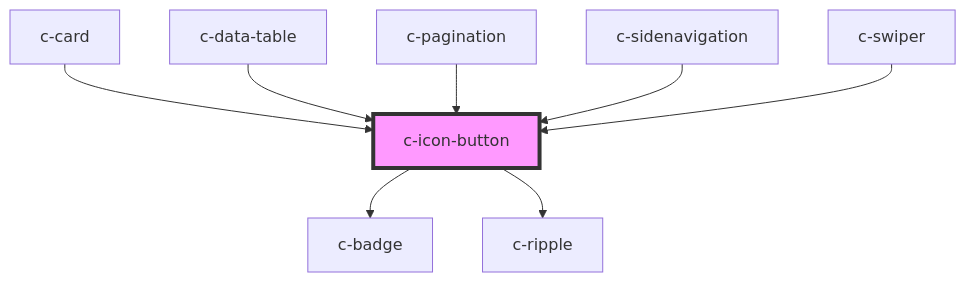
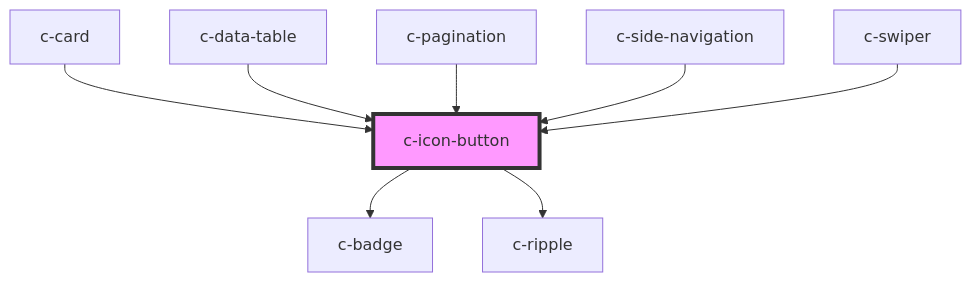
The diagram in packages/csc-ui/src/components/c-icon-button/readme.md (CSCfi/ui), drawn with Mermaid before and after one commit. The commit also changed other lines of this file and 49 other files, not shown here.

Commit message:
Rename side navigation components. c-swiper colors

````diff
--- a/packages/csc-ui/src/components/c-icon-button/readme.md
+++ b/packages/csc-ui/src/components/c-icon-button/readme.md
@@ -45,11 +43,11 @@
 ```mermaid
 graph TD;
   c-icon-button --> c-badge
   c-icon-button --> c-ripple
   c-card --> c-icon-button
   c-data-table --> c-icon-button
   c-pagination --> c-icon-button
-  c-sidenavigation --> c-icon-button
+  c-side-navigation --> c-icon-button
   c-swiper --> c-icon-button
   style c-icon-button fill:#f9f,stroke:#333,stroke-width:4px
 ```
````
